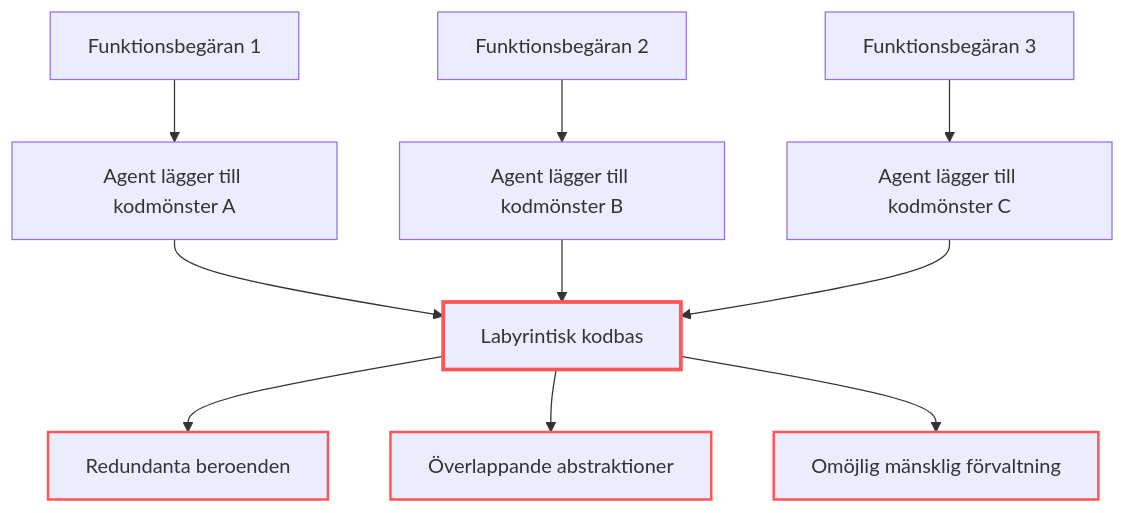
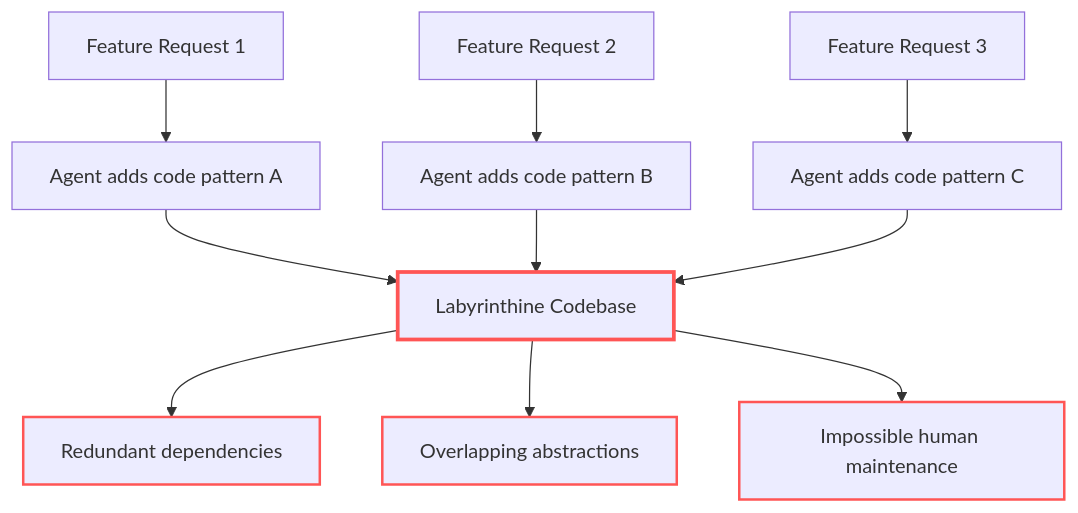
One commit to dandahprecio/vibe-on-budget changed the third of 5 diagrams in token-economy-course/src/content/docs/sv/08-vibe-coding-guardrails.mdx. Above: the diagram before and after it, drawn with Mermaid. The commit also changed other lines of this file and 23 other files, not shown here.

````diff
--- a/token-economy-course/src/content/docs/sv/08-vibe-coding-guardrails.mdx
+++ b/token-economy-course/src/content/docs/sv/08-vibe-coding-guardrails.mdx
@@ -104,19 +118,19 @@
 ```mermaid
 flowchart TD
-    A[Funktionsbegäran 1] --> B[Agent lägger till kodmönster A]
-    C[Funktionsbegäran 2] --> D[Agent lägger till kodmönster B]
-    E[Funktionsbegäran 3] --> F[Agent lägger till kodmönster C]
+    A[Feature Request 1] --> B[Agent adds code pattern A]
+    C[Feature Request 2] --> D[Agent adds code pattern B]
+    E[Feature Request 3] --> F[Agent adds code pattern C]
     
-    B --> G[Labyrintisk kodbas]
+    B --> G[Labyrinthine Codebase]
     D --> G
     F --> G
     
-    G --> H[Redundanta beroenden]
-    G --> I[Överlappande abstraktioner]
-    G --> J[Omöjlig mänsklig förvaltning]
+    G --> H[Redundant dependencies]
+    G --> I[Overlapping abstractions]
+    G --> J[Impossible human maintenance]
     
     style G stroke:#ff5555,stroke-width:3px
     style H stroke:#ff5555,stroke-width:2px
     style I stroke:#ff5555,stroke-width:2px
     style J stroke:#ff5555,stroke-width:2px
 ```
````
